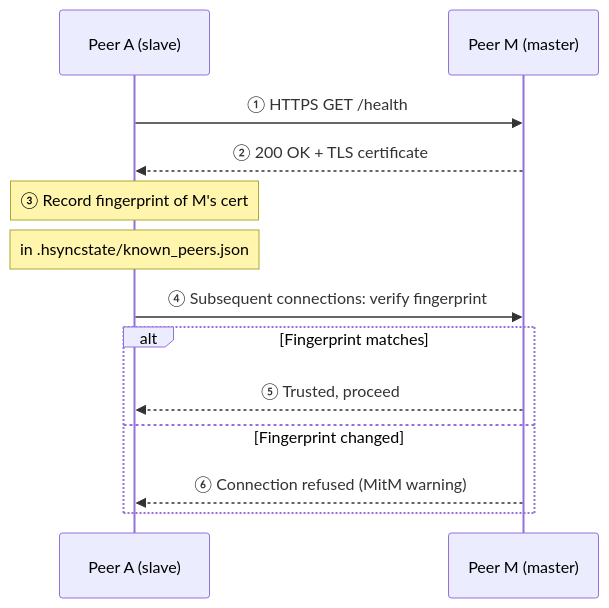
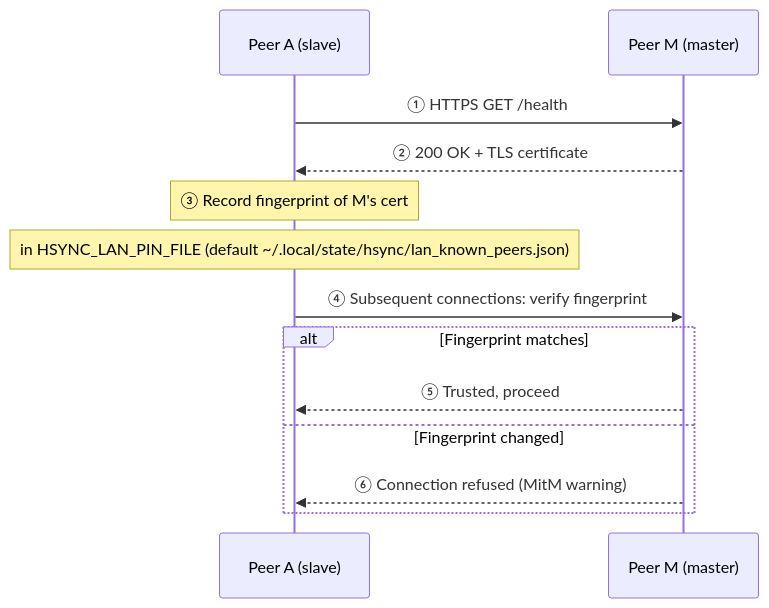
The third of 3 diagrams in docs/internal/developer.md (albertsdk/hsync-client), drawn with Mermaid before and after one commit. The commit also changed other lines of this file and 7 other files, not shown here.

````diff
--- a/docs/internal/developer.md
+++ b/docs/internal/developer.md
@@ -230,18 +231,18 @@
 ```mermaid
 sequenceDiagram
     participant A as Peer A (slave)
     participant M as Peer M (master)
 
     A->>M: ① HTTPS GET /health
     M-->>A: ② 200 OK + TLS certificate
 
     Note over A: ③ Record fingerprint of M's cert
-    Note over A:    in .hsyncstate/known_peers.json
+    Note over A:    in HSYNC_LAN_PIN_FILE (default ~/.local/state/hsync/lan_known_peers.json)
 
     A->>M: ④ Subsequent connections: verify fingerprint
     alt Fingerprint matches
         M-->>A: ⑤ Trusted, proceed
     else Fingerprint changed
         M-->>A: ⑥ Connection refused (MitM warning)
     end
 ```
````
